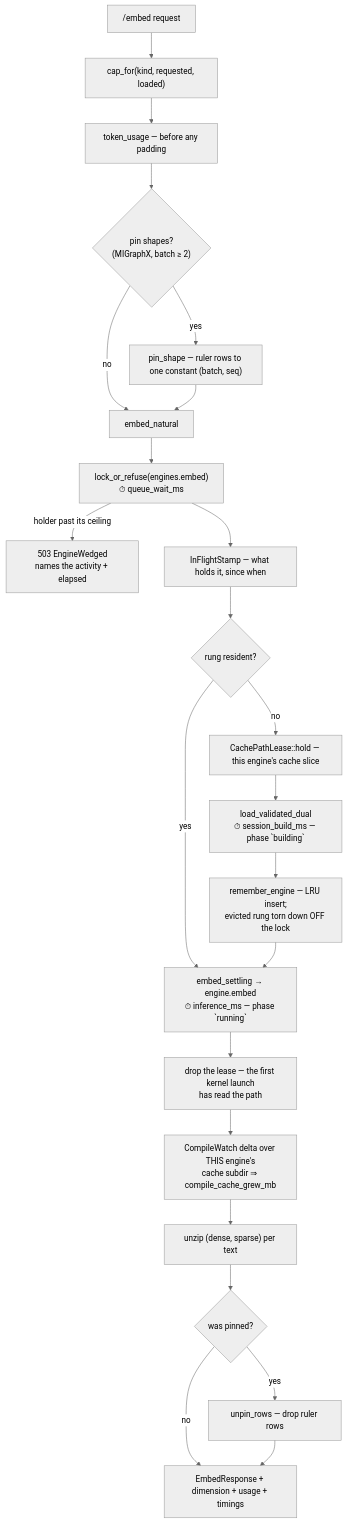
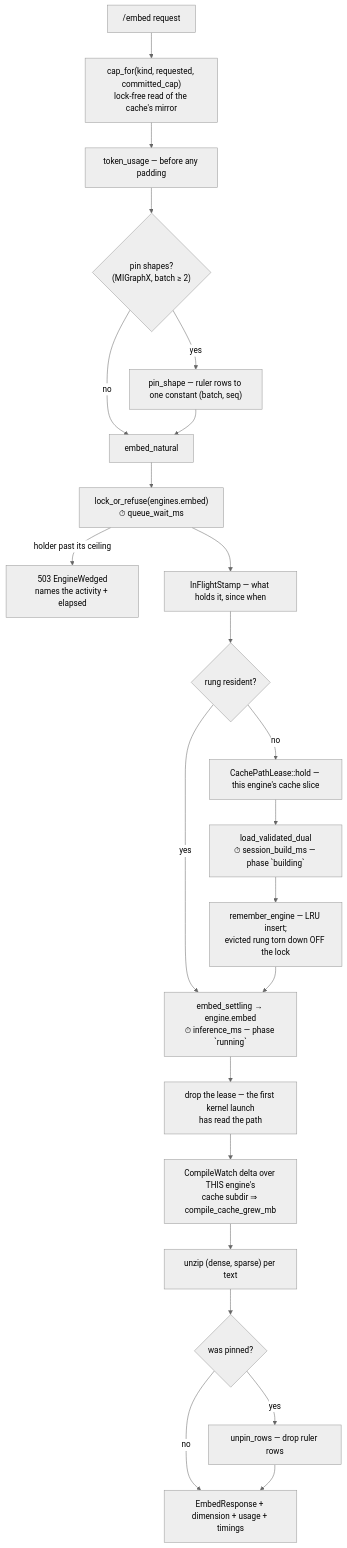
One commit to oleksandrdubyna88/dew_flow_sidecar_rust changed the diagram in research/module_inference.md. Above: the diagram before and after it, drawn with Mermaid (neutral theme). The commit also changed other lines of this file and 20 other files, not shown here.

````diff
--- a/research/module_inference.md
+++ b/research/module_inference.md
@@ -18,26 +18,26 @@
 ```mermaid
 flowchart TD
-    REQ["/embed request"] --> CAP["cap_for(kind, requested, loaded)"]
+    REQ["/embed request"] --> CAP["cap_for(kind, requested, committed_cap)<br/>lock-free read of the cache's mirror"]
     CAP --> USAGE["token_usage — before any padding"]
     USAGE --> PIN{"pin shapes?<br/>(MIGraphX, batch ≥ 2)"}
     PIN -->|yes| RULER["pin_shape — ruler rows to one constant (batch, seq)"]
     PIN -->|no| NATURAL
     RULER --> NATURAL["embed_natural"]
 
     NATURAL --> WAIT["lock_or_refuse(engines.embed)<br/>⏱ queue_wait_ms"]
     WAIT -->|holder past its ceiling| REFUSE["503 EngineWedged<br/>names the activity + elapsed"]
     WAIT --> STAMP["InFlightStamp — what holds it, since when"]
     STAMP --> RESIDENT{"rung resident?"}
     RESIDENT -->|no| CLAIM["CachePathLease::hold — this engine's cache slice"]
     RESIDENT -->|yes| RUN
     CLAIM --> BUILD["load_validated_dual<br/>⏱ session_build_ms — phase `building`"]
     BUILD --> REMEMBER["remember_engine — LRU insert;<br/>evicted rung torn down OFF the lock"]
     REMEMBER --> RUN["embed_settling → engine.embed<br/>⏱ inference_ms — phase `running`"]
     RUN --> RELEASE["drop the lease — the first kernel launch<br/>has read the path"]
     RELEASE --> GROWTH["CompileWatch delta over THIS engine's<br/>cache subdir ⇒ compile_cache_grew_mb"]
     GROWTH --> UNZIP["unzip (dense, sparse) per text"]
     UNZIP --> UNPIN{"was pinned?"}
     UNPIN -->|yes| STRIP["unpin_rows — drop ruler rows"]
     UNPIN -->|no| OUT
     STRIP --> OUT["EmbedResponse + dimension + usage + timings"]
 ```
````
